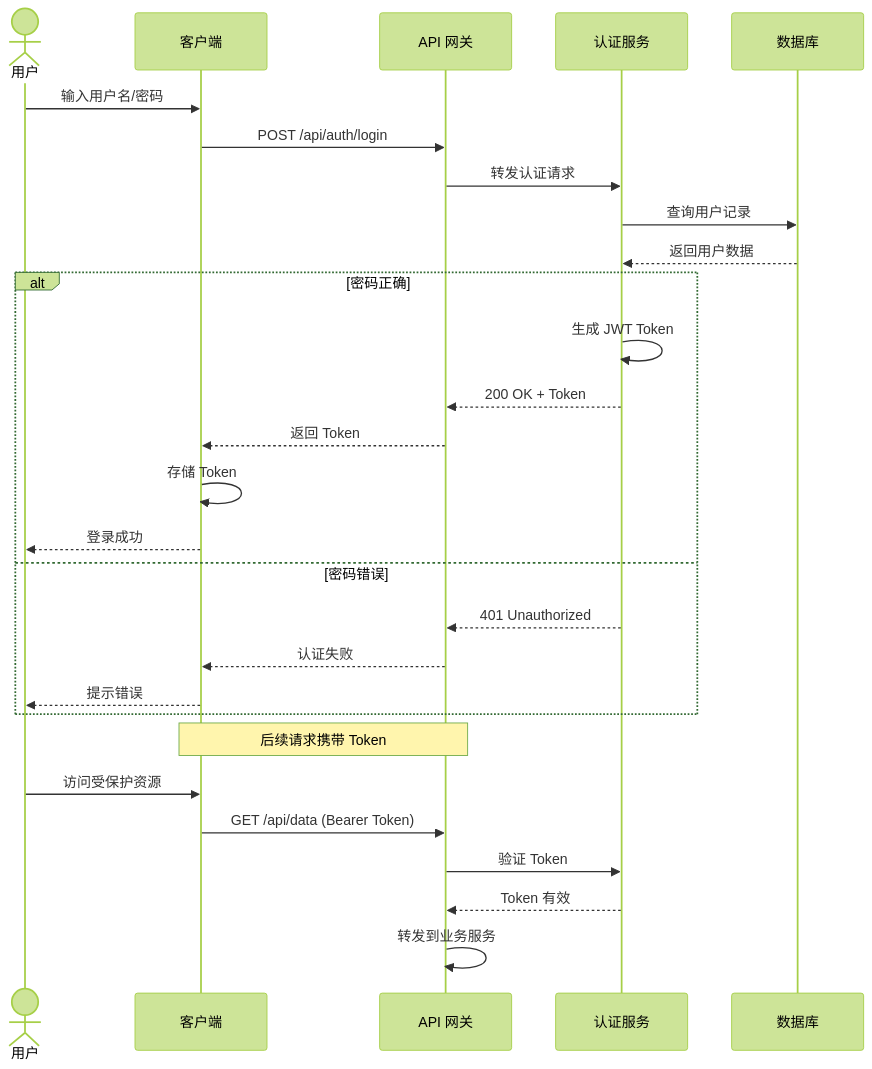
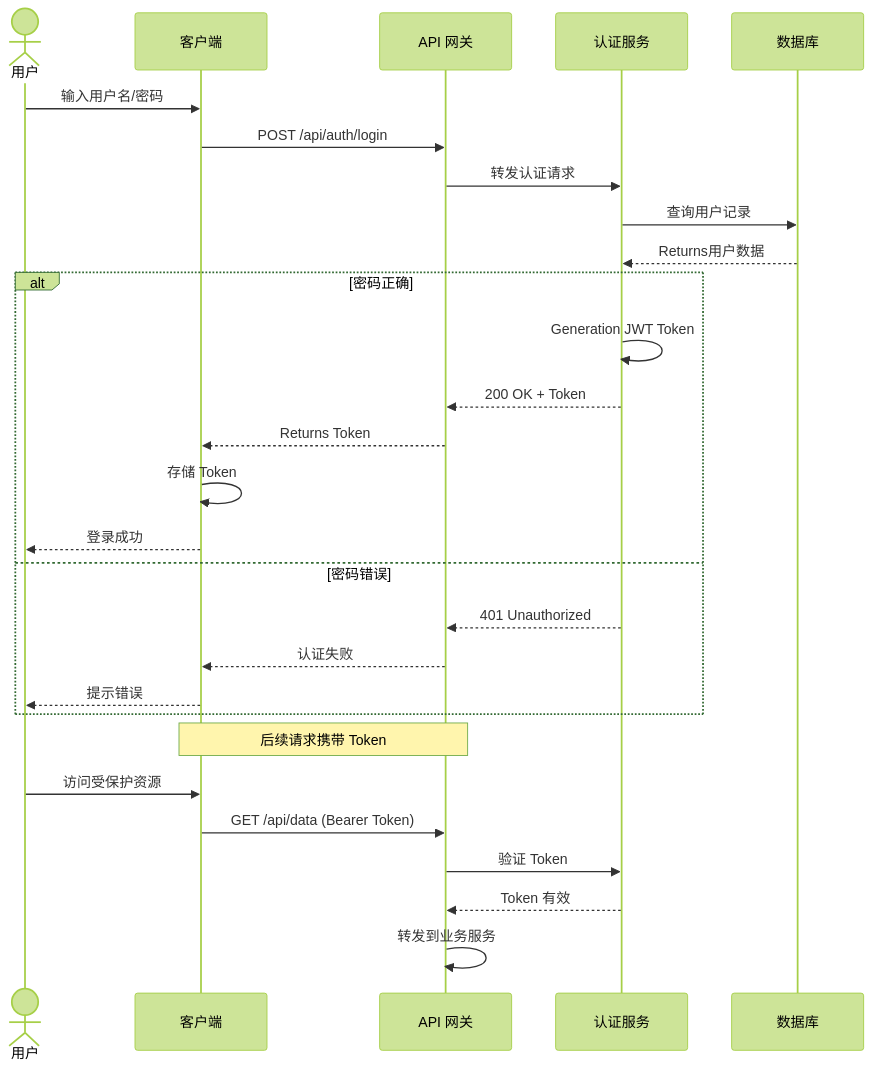
Before and after one commit to openakita/openakita: the third of 8 diagrams in skills/pretty-mermaid/SKILL.md, drawn with Mermaid (forest theme). The commit also changed other lines of this file and 126 other files, not shown here.

````diff
--- a/skills/pretty-mermaid/SKILL.md
+++ b/skills/pretty-mermaid/SKILL.md
@@ -328,32 +328,32 @@
 ```mermaid
 sequenceDiagram
     actor U as 用户
     participant C as 客户端
     participant G as API 网关
     participant A as 认证服务
     participant D as 数据库
 
     U->>C: 输入用户名/密码
     C->>G: POST /api/auth/login
     G->>A: 转发认证请求
     A->>D: 查询用户记录
-    D-->>A: 返回用户数据
+    D-->>A: Returns用户数据
     alt 密码正确
-        A->>A: 生成 JWT Token
+        A->>A: Generation JWT Token
         A-->>G: 200 OK + Token
-        G-->>C: 返回 Token
+        G-->>C: Returns Token
         C->>C: 存储 Token
         C-->>U: 登录成功
     else 密码错误
         A-->>G: 401 Unauthorized
         G-->>C: 认证失败
         C-->>U: 提示错误
     end
 
     Note over C,G: 后续请求携带 Token
     U->>C: 访问受保护资源
     C->>G: GET /api/data (Bearer Token)
     G->>A: 验证 Token
     A-->>G: Token 有效
     G->>G: 转发到业务服务
 ```
````
